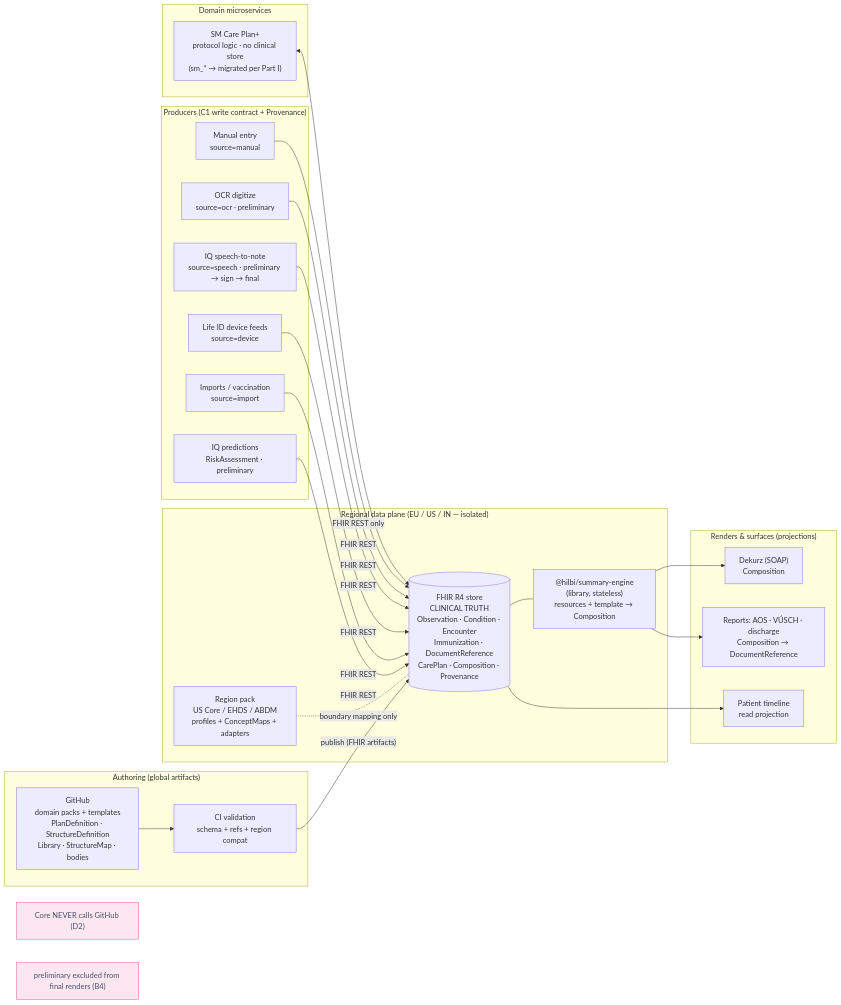
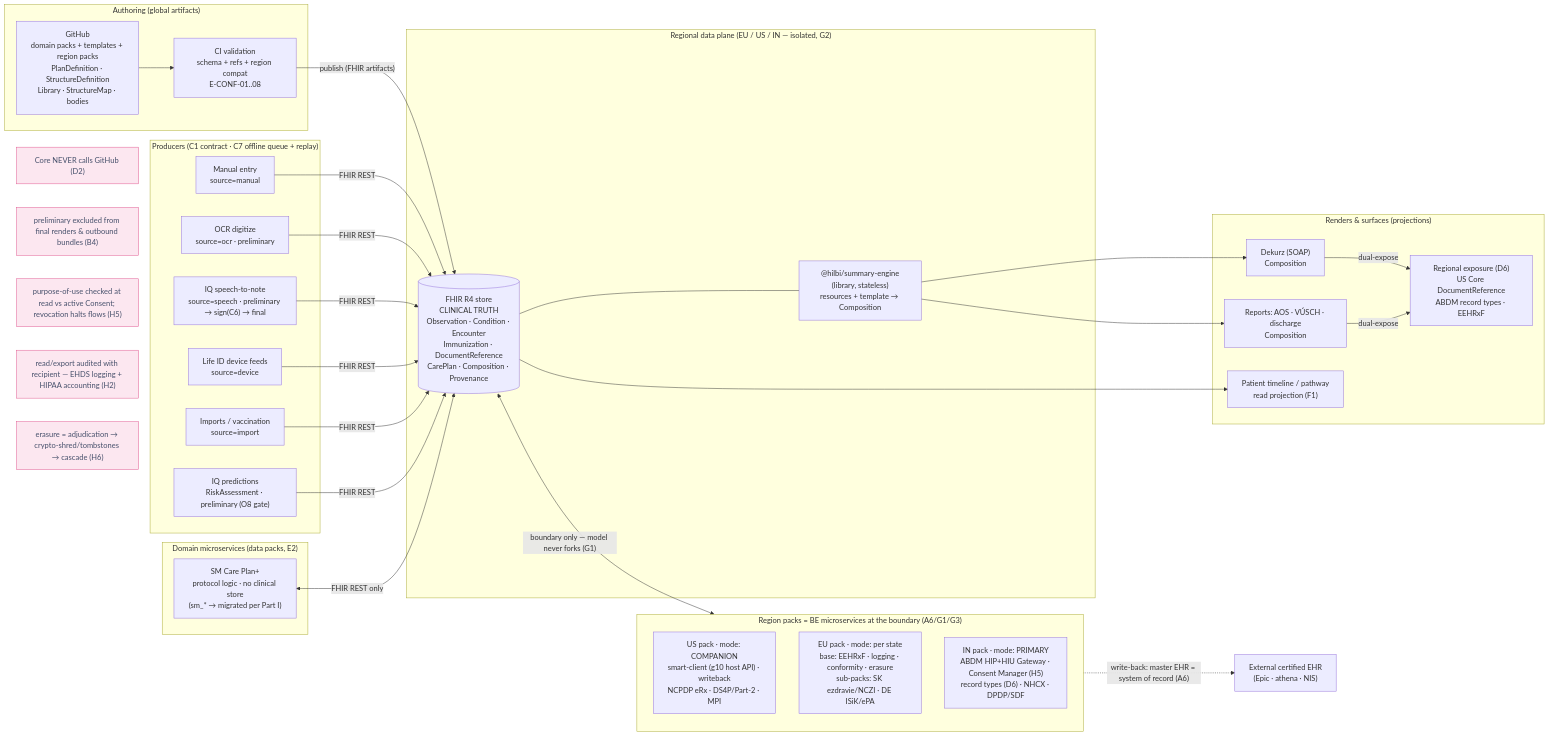
The diagram in docs/core-02-tech-clinical-core-flow.mermaid (patrikkmec-ivx/prototype), drawn with Mermaid before and after one commit.

Commit message:
core-02 v2: deployment modes A6, region packs as BE microservices, D6 dual-expose, H5/H6 rules

```diff
--- a/docs/core-02-tech-clinical-core-flow.mermaid
+++ b/docs/core-02-tech-clinical-core-flow.mermaid
@@ -1,45 +1,58 @@
-%% CORE-TECH-CLINICAL-CORE — service topology & data flow (v0.9, 2026-07-21)
-%% Normative source: core-01-tech-clinical-core-standard.md (this file is an informative mirror)
+%% CORE-TECH-CLINICAL-CORE — service topology & data flow (v2 / core-01 v0.10, 2026-07-21)
+%% Normative source: core-01-tech-clinical-core-standard.md + core-07/08/09 pack scopes
+%% (this file is an informative mirror)
 flowchart LR
   subgraph AUTH["Authoring (global artifacts)"]
-    GH["GitHub<br/>domain packs + templates<br/>PlanDefinition · StructureDefinition<br/>Library · StructureMap · bodies"]
-    CI["CI validation<br/>schema + refs + region compat"]
+    GH["GitHub<br/>domain packs + templates + region packs<br/>PlanDefinition · StructureDefinition<br/>Library · StructureMap · bodies"]
+    CI["CI validation<br/>schema + refs + region compat<br/>E-CONF-01..08"]
     GH --> CI
   end
 
-  subgraph PLANE["Regional data plane (EU / US / IN — isolated)"]
+  subgraph PLANE["Regional data plane (EU / US / IN — isolated, G2)"]
     FHIR[("FHIR R4 store<br/>CLINICAL TRUTH<br/>Observation · Condition · Encounter<br/>Immunization · DocumentReference<br/>CarePlan · Composition · Provenance")]
     ENG["@hilbi/summary-engine<br/>(library, stateless)<br/>resources + template → Composition"]
-    RP["Region pack<br/>US Core / EHDS / ABDM<br/>profiles + ConceptMaps + adapters"]
     FHIR --- ENG
-    RP -. "boundary mapping only" .- FHIR
   end
 
   CI -- "publish (FHIR artifacts)" --> FHIR
 
-  subgraph PROD["Producers (C1 write contract + Provenance)"]
+  subgraph PROD["Producers (C1 contract · C7 offline queue + replay)"]
     MAN["Manual entry<br/>source=manual"]
     OCR["OCR digitize<br/>source=ocr · preliminary"]
-    SPK["IQ speech-to-note<br/>source=speech · preliminary → sign → final"]
+    SPK["IQ speech-to-note<br/>source=speech · preliminary → sign(C6) → final"]
     DEV["Life ID device feeds<br/>source=device"]
     IMP["Imports / vaccination<br/>source=import"]
-    PRED["IQ predictions<br/>RiskAssessment · preliminary"]
+    PRED["IQ predictions<br/>RiskAssessment · preliminary (O8 gate)"]
   end
   MAN & OCR & SPK & DEV & IMP & PRED -- "FHIR REST" --> FHIR
 
-  subgraph DOM["Domain microservices"]
+  subgraph DOM["Domain microservices (data packs, E2)"]
     SM["SM Care Plan+<br/>protocol logic · no clinical store<br/>(sm_* → migrated per Part I)"]
   end
   SM <-- "FHIR REST only" --> FHIR
 
+  subgraph PACKS["Region packs = BE microservices at the boundary (A6/G1/G3)"]
+    direction TB
+    USP["US pack · mode: COMPANION<br/>smart-client (g10 host API) · writeback<br/>NCPDP eRx · DS4P/Part-2 · MPI"]
+    EUP["EU pack · mode: per state<br/>base: EEHRxF · logging · conformity · erasure<br/>sub-packs: SK ezdravie/NCZI · DE ISiK/ePA"]
+    INP["IN pack · mode: PRIMARY<br/>ABDM HIP+HIU Gateway · Consent Manager (H5)<br/>record types (D6) · NHCX · DPDP/SDF"]
+  end
+  FHIR <-- "boundary only — model never forks (G1)" --> PACKS
+  USP -. "write-back: master EHR = system of record (A6)" .-> EXT["External certified EHR<br/>(Epic · athena · NIS)"]
+
   subgraph OUT["Renders & surfaces (projections)"]
     DK["Dekurz (SOAP)<br/>Composition"]
-    RPT["Reports: AOS · VÚSCH · discharge<br/>Composition → DocumentReference"]
-    TL["Patient timeline<br/>read projection"]
+    RPT["Reports: AOS · VÚSCH · discharge<br/>Composition"]
+    DX["Regional exposure (D6)<br/>US Core DocumentReference<br/>ABDM record types · EEHRxF"]
+    TL["Patient timeline / pathway<br/>read projection (F1)"]
   end
   ENG --> DK & RPT
+  DK & RPT -- "dual-expose" --> DX
   FHIR --> TL
 
   NOTE1["Core NEVER calls GitHub (D2)"]:::rule
-  NOTE2["preliminary excluded from final renders (B4)"]:::rule
+  NOTE2["preliminary excluded from final renders & outbound bundles (B4)"]:::rule
+  NOTE3["purpose-of-use checked at read vs active Consent; revocation halts flows (H5)"]:::rule
+  NOTE4["read/export audited with recipient — EHDS logging + HIPAA accounting (H2)"]:::rule
+  NOTE5["erasure = adjudication → crypto-shred/tombstones → cascade (H6)"]:::rule
   classDef rule fill:#FCE7F0,stroke:#E0568E,color:#46506B;
```
